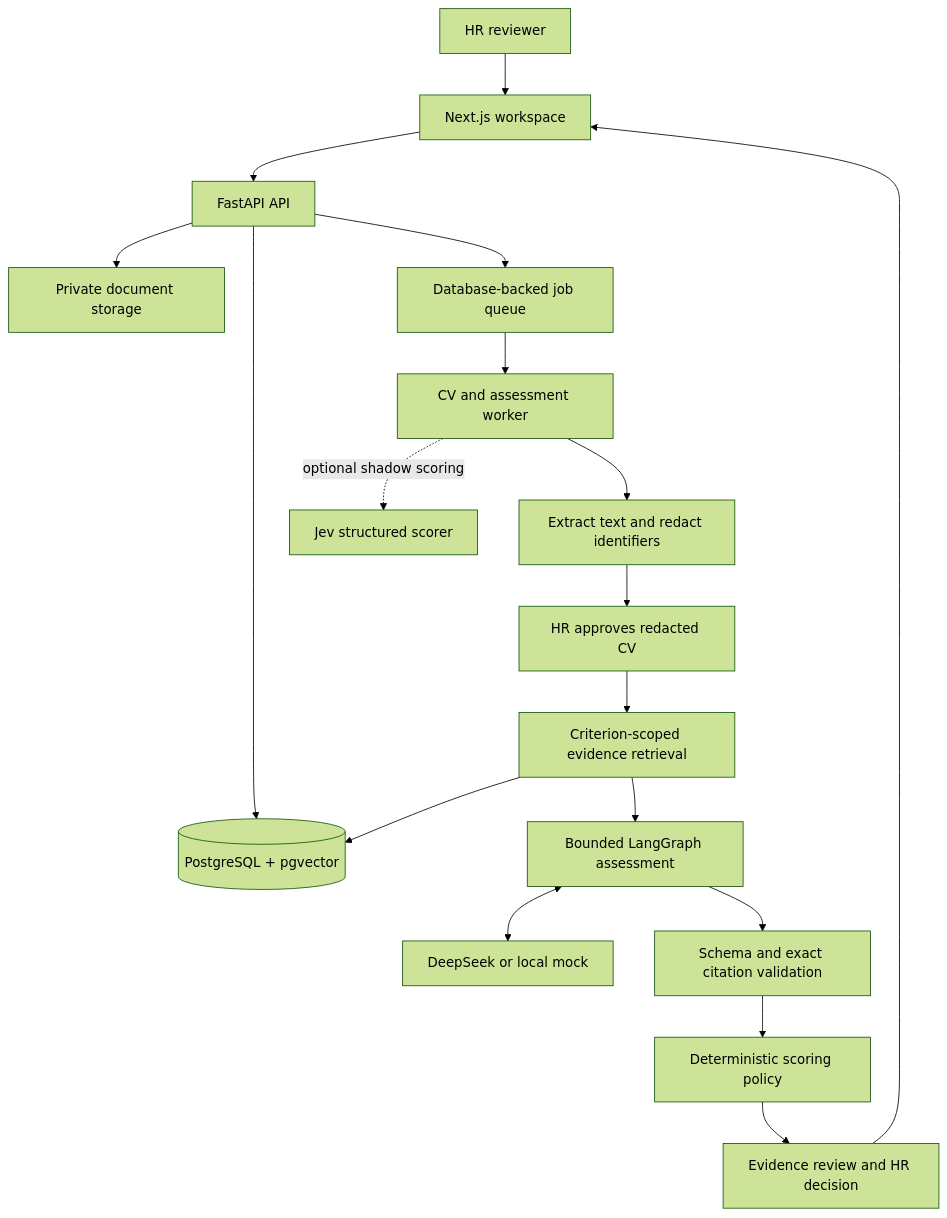
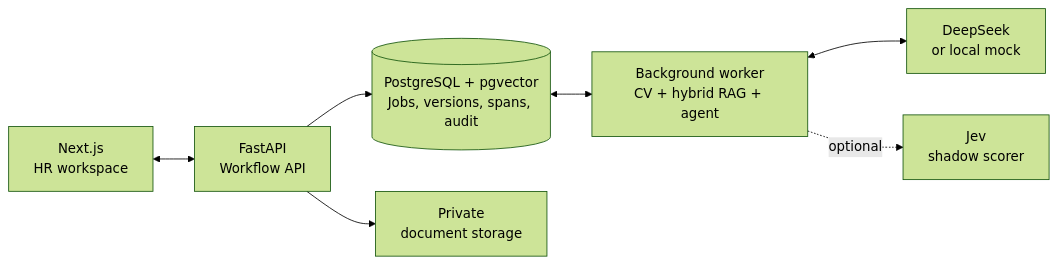
One commit to DucPh4t/TalentScreen-AI changed the diagram in README.md. Above: the diagram before and after it, drawn with Mermaid (forest theme). The commit also changed other lines of this file, not shown here.

Commit message:
docs: simplify README architecture overview

````diff
--- a/README.md
+++ b/README.md
@@ -38,20 +38,9 @@
 ```mermaid
-flowchart TD
-    HR[HR reviewer] --> WEB[Next.js workspace]
-    WEB --> API[FastAPI API]
-    API --> DB[(PostgreSQL + pgvector)]
-    API --> FILES[Private document storage]
-    API --> QUEUE[Database-backed job queue]
-    QUEUE --> WORKER[CV and assessment worker]
-    WORKER --> PARSE[Extract text and redact identifiers]
-    PARSE --> APPROVAL[HR approves redacted CV]
-    APPROVAL --> RAG[Criterion-scoped evidence retrieval]
-    RAG --> AGENT[Bounded LangGraph assessment]
-    AGENT <--> PRIMARY[DeepSeek or local mock]
-    AGENT --> VALIDATE[Schema and exact citation validation]
-    VALIDATE --> SCORE[Deterministic scoring policy]
-    SCORE --> REVIEW[Evidence review and HR decision]
-    REVIEW --> WEB
-    WORKER -. optional shadow scoring .-> JEV[Jev structured scorer]
-    RAG --> DB
+flowchart LR
+    WEB["Next.js<br/>HR workspace"] <--> API["FastAPI<br/>Workflow API"]
+    API --> DB[("PostgreSQL + pgvector<br/>Jobs, versions, spans, audit")]
+    API --> FILES["Private<br/>document storage"]
+    DB <--> WORKER["Background worker<br/>CV + hybrid RAG + agent"]
+    WORKER <--> PRIMARY["DeepSeek<br/>or local mock"]
+    WORKER -. optional .-> JEV["Jev<br/>shadow scorer"]
 ```
````
